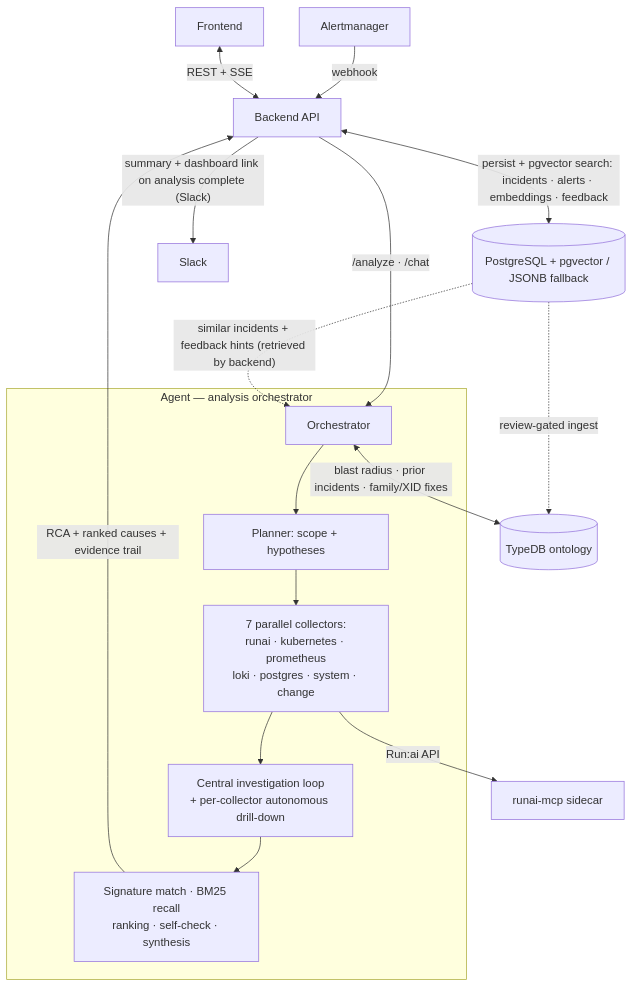
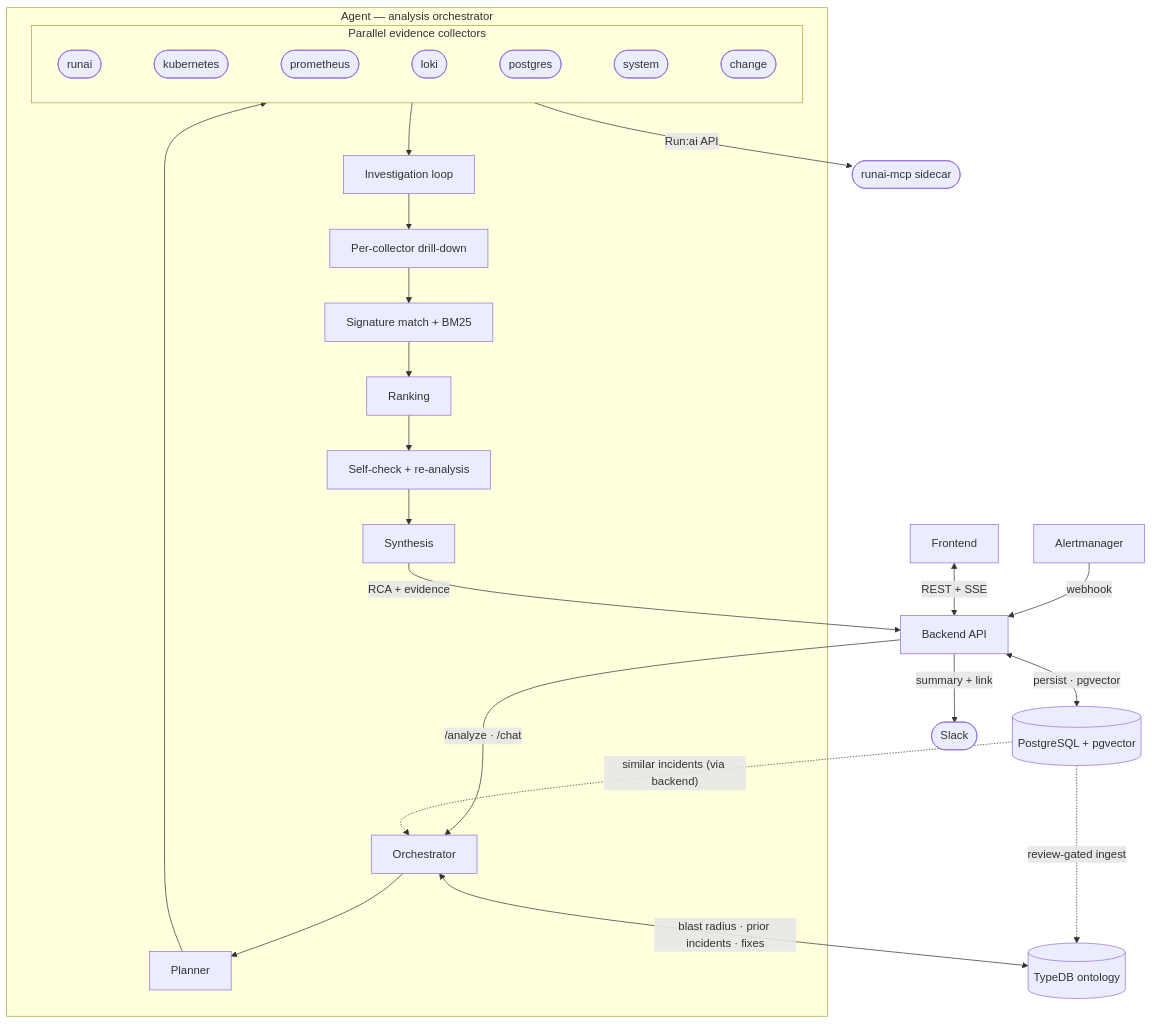
Before and after one commit to uclix-nvidia-sw/runaiRCA: the diagram in README.md, drawn with Mermaid. The commit also changed 1 other file, not shown here.

Commit message:
docs: make the Architecture diagram readable — collectors as a row, smaller nodes
The single "7 parallel collectors" text box and the two other dense
multi-line boxes were hard to read. Now:
- the 7 collectors are individual stadium nodes in a horizontal row
  (nested subgraph, direction LR, invisible ~~~ links),
- the crammed "investigation loop + drill-down" and "signature/BM25/
  ranking/self-check/synthesis" boxes are split into one short node each
  (Investigation loop → Per-collector drill-down → Signature match + BM25
  → Ranking → Self-check + re-analysis → Synthesis),
- edge labels shortened.
Same relationships, same content — just more components with less text
each. README + KO README kept identical (mermaid labels stay English).

````diff
--- a/README.md
+++ b/README.md
@@ -25,23 +25,29 @@
 ```mermaid
 flowchart TD
   AM[Alertmanager] -->|webhook| BE[Backend API]
   FE[Frontend] <-->|REST + SSE| BE
-  BE <-->|"persist + pgvector search: incidents · alerts · embeddings · feedback"| DB[(PostgreSQL + pgvector / JSONB fallback)]
-  BE -->|"summary + dashboard link on analysis complete (Slack)"| SLACK[Slack]
+  BE <-->|"persist · pgvector"| DB[(PostgreSQL + pgvector)]
+  BE -->|"summary + link"| SLACK([Slack])
   BE -->|"/analyze · /chat"| ORCH
 
   subgraph AG["Agent — analysis orchestrator"]
-    ORCH[Orchestrator]
-    PLAN[Planner: scope + hypotheses]
-    COLL["7 parallel collectors:<br/>runai · kubernetes · prometheus<br/>loki · postgres · system · change"]
-    INV["Central investigation loop<br/>+ per-collector autonomous drill-down"]
-    SYN["Signature match · BM25 recall<br/>ranking · self-check · synthesis"]
-    ORCH --> PLAN --> COLL --> INV --> SYN
+    ORCH[Orchestrator] --> PLAN[Planner]
+    PLAN --> COLL
+    subgraph COLL["Parallel evidence collectors"]
+      direction LR
+      RA([runai]) ~~~ KA([kubernetes]) ~~~ PA([prometheus]) ~~~ LA([loki]) ~~~ DBA([postgres]) ~~~ SA([system]) ~~~ CA([change])
+    end
+    COLL --> INV[Investigation loop]
+    INV --> DRILL[Per-collector drill-down]
+    DRILL --> SIG[Signature match + BM25]
+    SIG --> RANK[Ranking]
+    RANK --> CHK[Self-check + re-analysis]
+    CHK --> SYN[Synthesis]
   end
 
-  DB -.->|"similar incidents + feedback hints (retrieved by backend)"| ORCH
-  ORCH <-->|"blast radius · prior incidents · family/XID fixes"| KG[("TypeDB ontology")]
-  COLL -->|Run:ai API| MCP[runai-mcp sidecar]
-  SYN -->|"RCA + ranked causes + evidence trail"| BE
-  DB -.->|review-gated ingest| KG
+  DB -.->|"similar incidents (via backend)"| ORCH
+  ORCH <-->|"blast radius · prior incidents · fixes"| KG[(TypeDB ontology)]
+  COLL -->|"Run:ai API"| MCP([runai-mcp sidecar])
+  SYN -->|"RCA + evidence"| BE
+  DB -.->|"review-gated ingest"| KG
 ```
````
